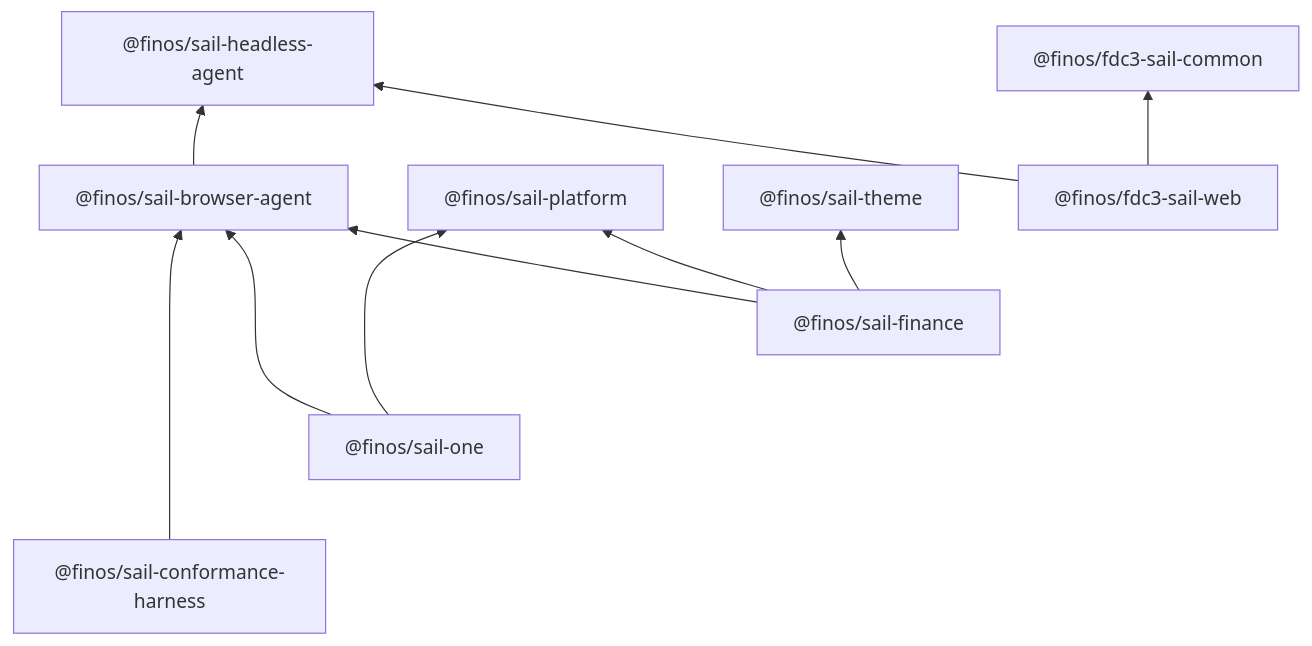
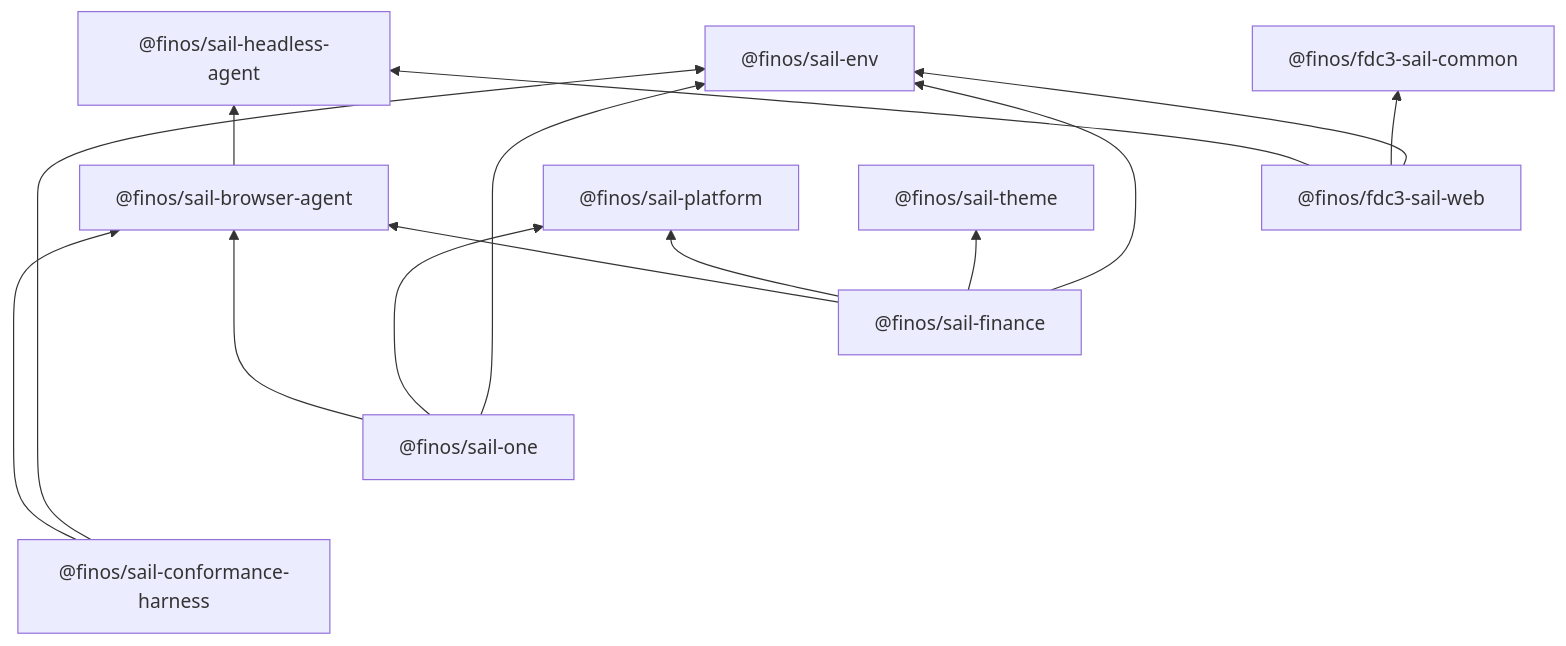
One commit to finos/FDC3-Sail changed the diagram in README.md. Above: the diagram before and after it, drawn with Mermaid. The commit also changed other lines of this file and 43 other files, not shown here.

First line of the commit message:
Introduce sail-env and restore full conformance matrix.

````diff
--- a/README.md
+++ b/README.md
@@ -37,24 +37,29 @@
 ```mermaid
 graph BT
   Engine["@finos/sail-headless-agent"]
+  Env["@finos/sail-env"]
   Theme["@finos/sail-theme"]
   Platform["@finos/sail-platform"]
   Common["@finos/fdc3-sail-common"]
   DA["@finos/sail-browser-agent"]
   V2["@finos/fdc3-sail-web"]
   Harness["@finos/sail-conformance-harness"]
   One["@finos/sail-one"]
   Finance["@finos/sail-finance"]
 
   DA --> Engine
   V2 --> Engine
   V2 --> Common
+  V2 --> Env
   Harness --> DA
+  Harness --> Env
   One --> DA
   One --> Platform
+  One --> Env
   Finance --> DA
   Finance --> Platform
   Finance --> Theme
+  Finance --> Env
 
   Harness ~~~ One ~~~ Finance ~~~ V2
 ```
````
